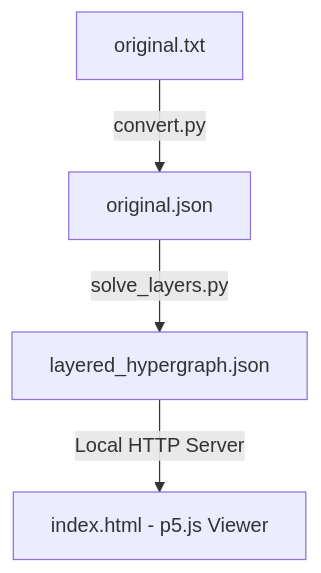
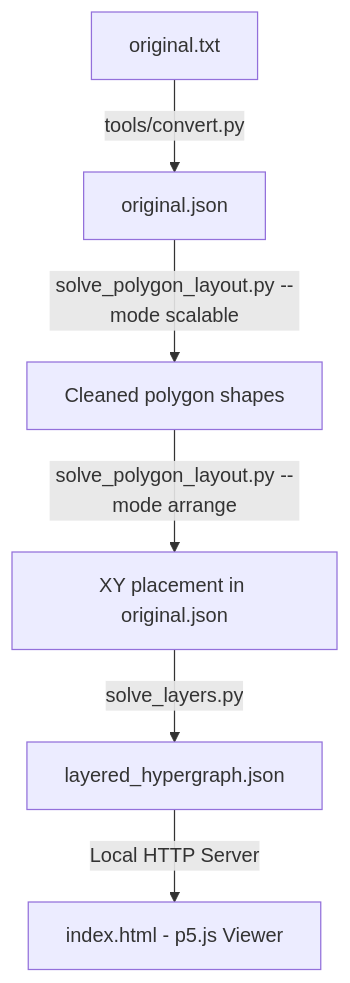
The diagram in README.md (vdslab/theme2026-dan), drawn with Mermaid before and after one commit. The commit also changed other lines of this file and 71 other files, not shown here.

````diff
--- a/README.md
+++ b/README.md
@@ -14,6 +46,8 @@
 ```mermaid
 graph TD
-    A[original.txt] -->|convert.py| B[original.json]
-    B -->|solve_layers.py| C[layered_hypergraph.json]
+    A[original.txt] -->|tools/convert.py| B[original.json]
+    B -->|solve_polygon_layout.py --mode scalable| P[Cleaned polygon shapes]
+    P -->|solve_polygon_layout.py --mode arrange| Q[XY placement in original.json]
+    Q -->|solve_layers.py| C[layered_hypergraph.json]
     C -->|Local HTTP Server| D[index.html - p5.js Viewer]
 ```
````
